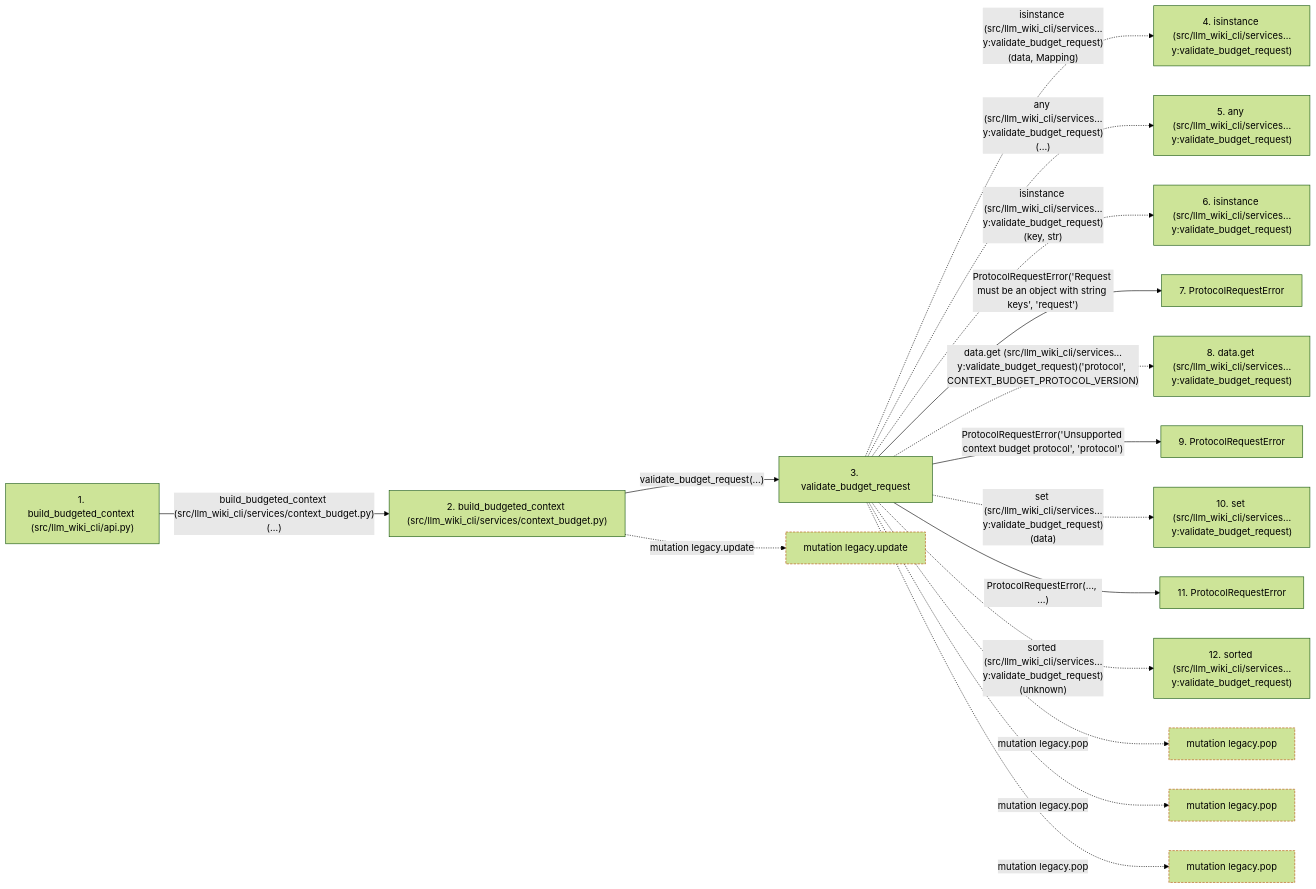
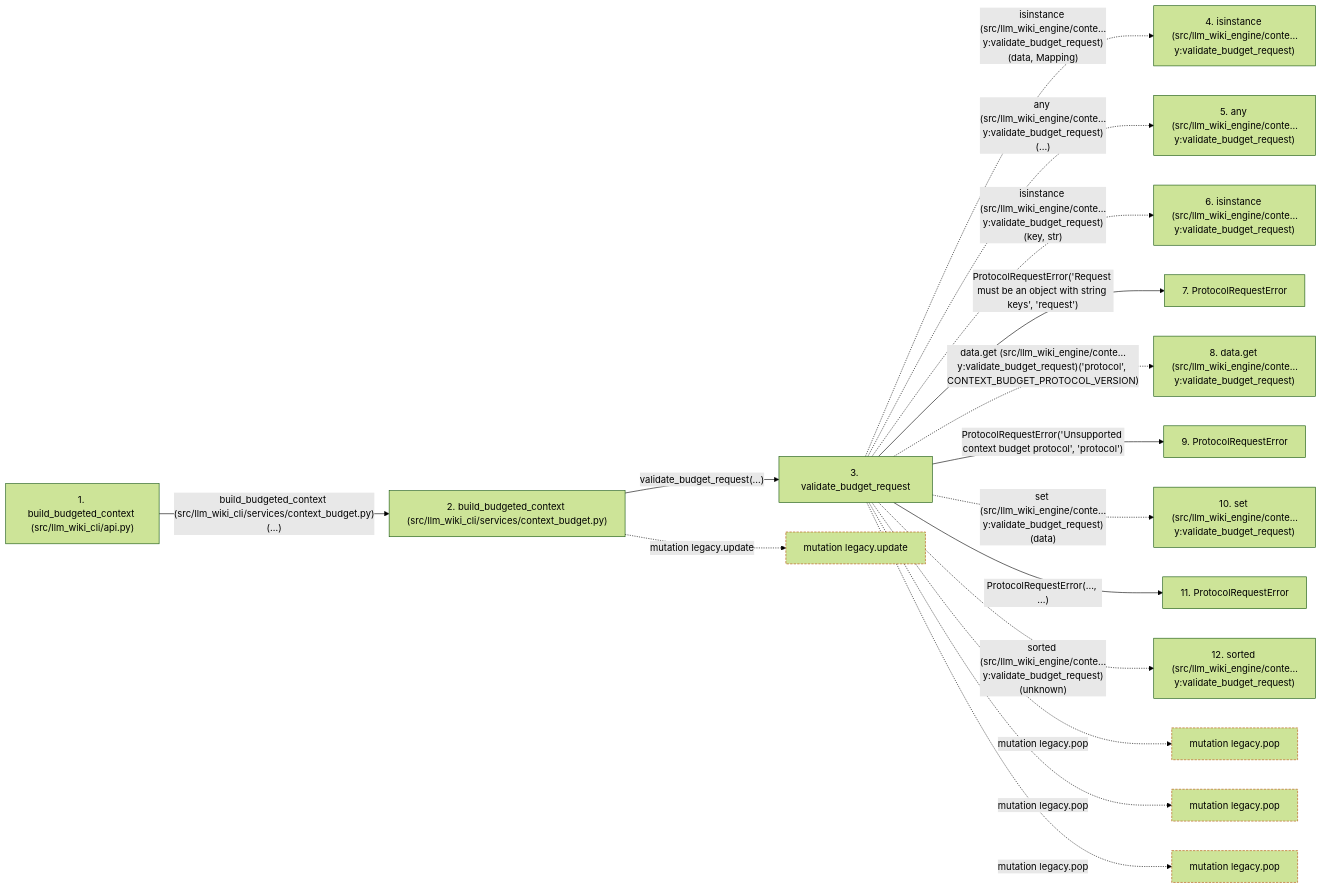
The second of 2 diagrams in docs/llm_wiki/flows/api-build_budgeted_context.md (Denissvgn/python-wiki-llm), drawn with Mermaid (forest theme) before and after one commit. The commit also changed other lines of this file and 1058 other files, not shown here.

````diff
--- a/docs/llm_wiki/flows/api-build_budgeted_context.md
+++ b/docs/llm_wiki/flows/api-build_budgeted_context.md
@@ -203,45 +199,45 @@
 ```mermaid
 flowchart LR
     s1["1. build_budgeted_context (src/llm_wiki_cli/api.py)"]
     s2["2. build_budgeted_context (src/llm_wiki_cli/services/context_budget.py)"]
     s3["3. validate_budget_request"]
-    s4["4. isinstance (src/llm_wiki_cli/services…y:validate_budget_request)"]
-    s5["5. any (src/llm_wiki_cli/services…y:validate_budget_request)"]
-    s6["6. isinstance (src/llm_wiki_cli/services…y:validate_budget_request)"]
+    s4["4. isinstance (src/llm_wiki_engine/conte…y:validate_budget_request)"]
+    s5["5. any (src/llm_wiki_engine/conte…y:validate_budget_request)"]
+    s6["6. isinstance (src/llm_wiki_engine/conte…y:validate_budget_request)"]
     s7["7. ProtocolRequestError"]
-    s8["8. data.get (src/llm_wiki_cli/services…y:validate_budget_request)"]
+    s8["8. data.get (src/llm_wiki_engine/conte…y:validate_budget_request)"]
     s9["9. ProtocolRequestError"]
-    s10["10. set (src/llm_wiki_cli/services…y:validate_budget_request)"]
+    s10["10. set (src/llm_wiki_engine/conte…y:validate_budget_request)"]
     s11["11. ProtocolRequestError"]
-    s12["12. sorted (src/llm_wiki_cli/services…y:validate_budget_request)"]
+    s12["12. sorted (src/llm_wiki_engine/conte…y:validate_budget_request)"]
     s1 -->|"build_budgeted_context (src/llm_wiki_cli/services/context_budget.py)(…)"| s2
     s2 -->|"validate_budget_request(...)"| s3
-    s3 -. "isinstance (src/llm_wiki_cli/services…y:validate_budget_request)(data, Mapping)" .-> s4
-    s3 -. "any (src/llm_wiki_cli/services…y:validate_budget_request)(...)" .-> s5
-    s3 -. "isinstance (src/llm_wiki_cli/services…y:validate_budget_request)(key, str)" .-> s6
+    s3 -. "isinstance (src/llm_wiki_engine/conte…y:validate_budget_request)(data, Mapping)" .-> s4
+    s3 -. "any (src/llm_wiki_engine/conte…y:validate_budget_request)(...)" .-> s5
+    s3 -. "isinstance (src/llm_wiki_engine/conte…y:validate_budget_request)(key, str)" .-> s6
     s3 -->|"ProtocolRequestError('Request must be an object with string keys', 'request')"| s7
-    s3 -. "data.get (src/llm_wiki_cli/services…y:validate_budget_request)('protocol', CONTEXT_BUDGET_PROTOCOL_VERSION)" .-> s8
+    s3 -. "data.get (src/llm_wiki_engine/conte…y:validate_budget_request)('protocol', CONTEXT_BUDGET_PROTOCOL_VERSION)" .-> s8
     s3 -->|"ProtocolRequestError('Unsupported context budget protocol', 'protocol')"| s9
-    s3 -. "set (src/llm_wiki_cli/services…y:validate_budget_request)(data)" .-> s10
+    s3 -. "set (src/llm_wiki_engine/conte…y:validate_budget_request)(data)" .-> s10
     s3 -->|"ProtocolRequestError(..., ...)"| s11
-    s3 -. "sorted (src/llm_wiki_cli/services…y:validate_budget_request)(unknown)" .-> s12
+    s3 -. "sorted (src/llm_wiki_engine/conte…y:validate_budget_request)(unknown)" .-> s12
     b0["mutation legacy.update"]
     s2 -. "mutation legacy.update" .-> b0
     b1["mutation legacy.pop"]
     s3 -. "mutation legacy.pop" .-> b1
     b2["mutation legacy.pop"]
     s3 -. "mutation legacy.pop" .-> b2
     b3["mutation legacy.pop"]
     s3 -. "mutation legacy.pop" .-> b3
     click s1 "../modules/api.md"
     click s2 "../modules/context_budget.md"
     click s3 "../modules/context_request_format.md"
     click s7 "../modules/context_request_format.md"
     click s9 "../modules/context_request_format.md"
     click s11 "../modules/context_request_format.md"
     classDef boundary stroke:#b45309,stroke-dasharray: 4 2
     class b0 boundary
     class b1 boundary
     class b2 boundary
     class b3 boundary
 ```
````
